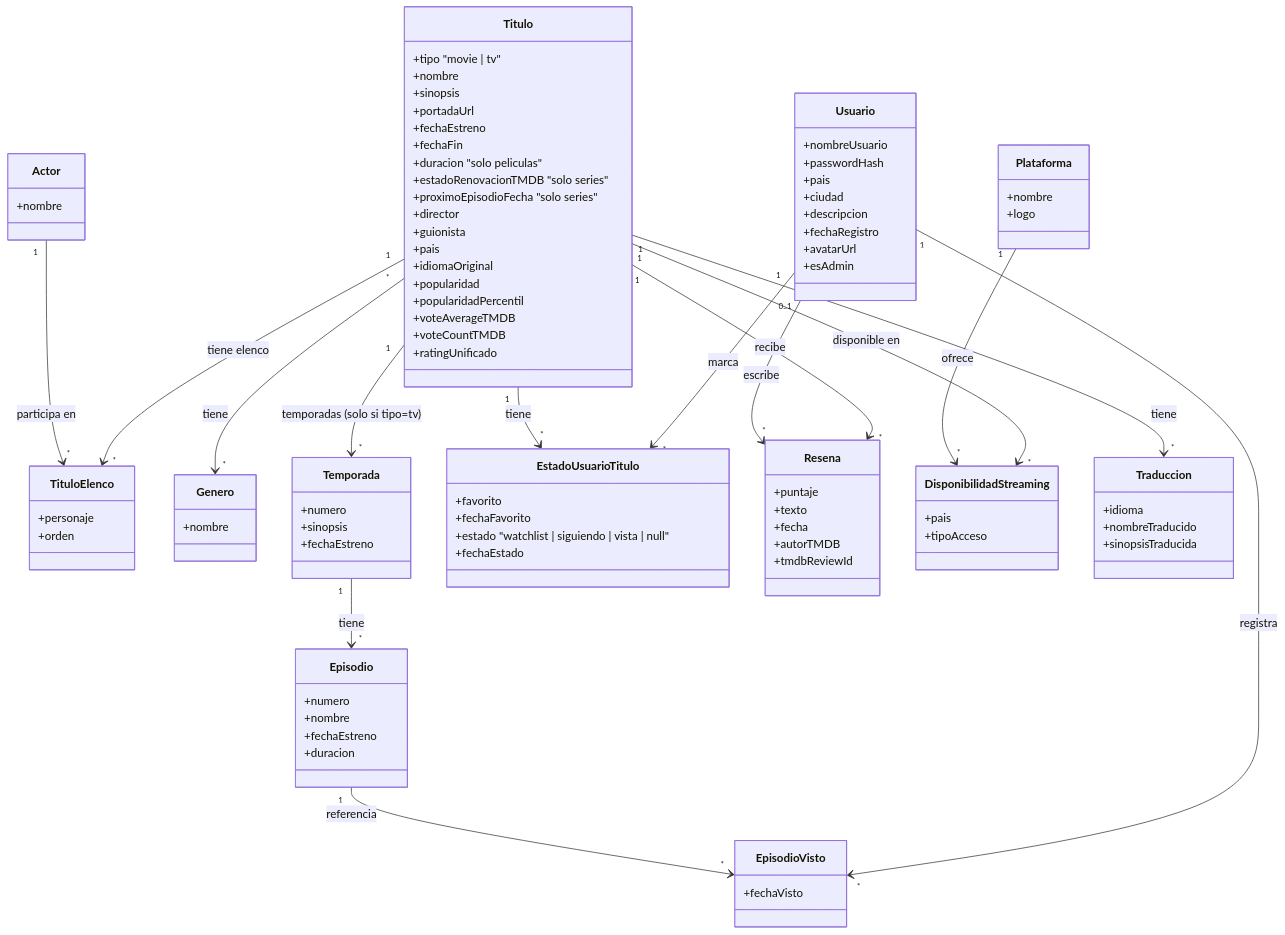
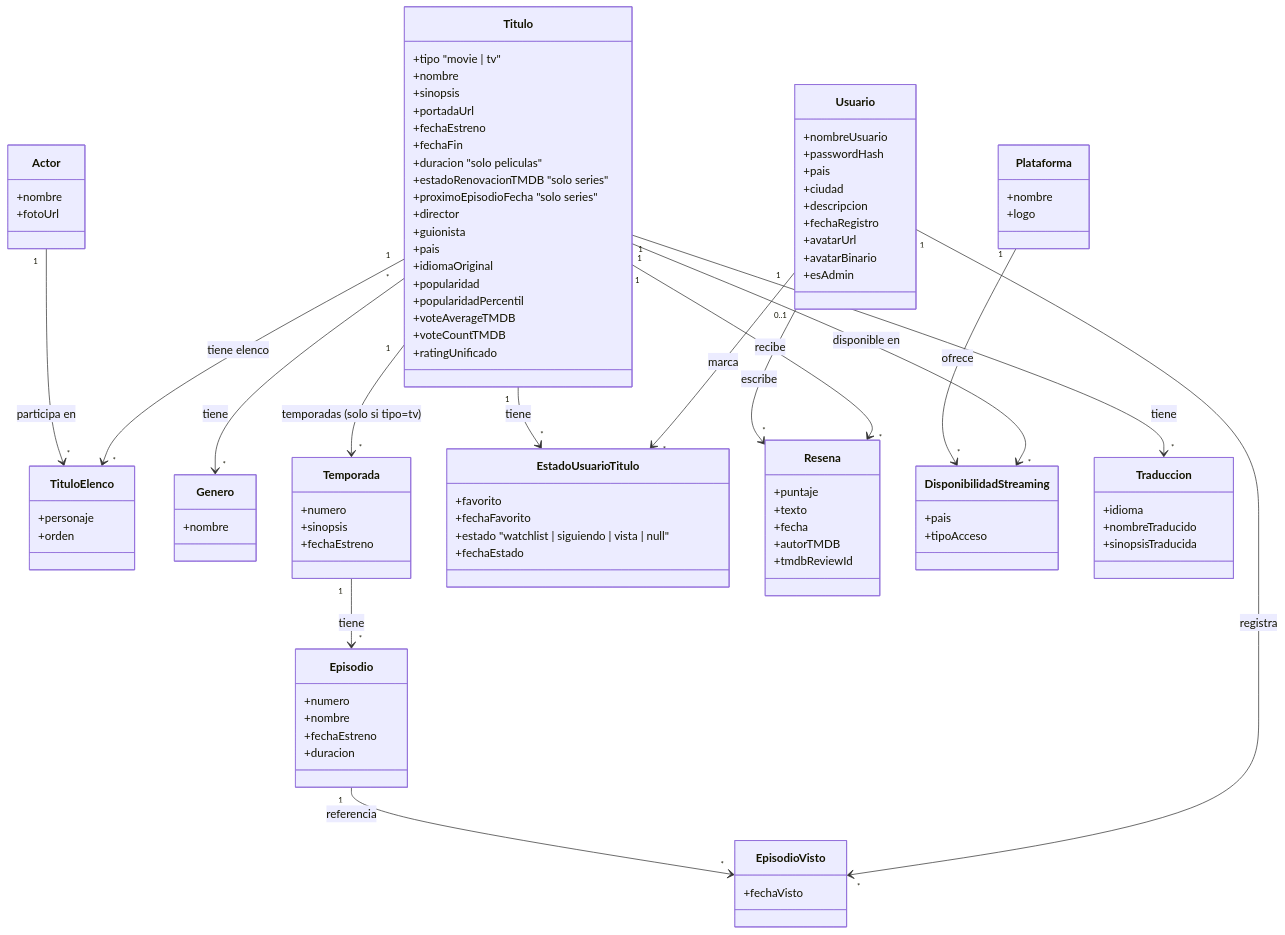
The diagram in docs/UML/modelo_datos/uml_version_superior.mmd (damianvc31/CineTrack), drawn with Mermaid before and after one commit. The commit also changed 18 other files, not shown here.

Commit message:
feat: avatar cropper/upload, actor photos with sync job, donut chart layout fix and profile tooltips

```diff
--- a/docs/UML/modelo_datos/uml_version_superior.mmd
+++ b/docs/UML/modelo_datos/uml_version_superior.mmd
@@ -1,106 +1,108 @@
 classDiagram
   class Titulo {
     +tipo "movie | tv"
     +nombre
     +sinopsis
     +portadaUrl
     +fechaEstreno
     +fechaFin
     +duracion "solo peliculas"
     +estadoRenovacionTMDB "solo series"
     +proximoEpisodioFecha "solo series"
     +director
     +guionista
     +pais
     +idiomaOriginal
     +popularidad
     +popularidadPercentil
     +voteAverageTMDB
     +voteCountTMDB
     +ratingUnificado
   }
 
   class Actor {
     +nombre
+    +fotoUrl
   }
 
   class TituloElenco {
     +personaje
     +orden
   }
   Titulo "1" --> "*" TituloElenco : tiene elenco
   Actor "1" --> "*" TituloElenco : participa en
 
   class Genero {
     +nombre
   }
   Titulo "*" --> "*" Genero : tiene
 
   class Temporada {
     +numero
     +sinopsis
     +fechaEstreno
   }
   Titulo "1" --> "*" Temporada : temporadas (solo si tipo=tv)
 
   class Episodio {
     +numero
     +nombre
     +fechaEstreno
     +duracion
   }
   Temporada "1" --> "*" Episodio : tiene
 
   class Usuario {
     +nombreUsuario
     +passwordHash
     +pais
     +ciudad
     +descripcion
     +fechaRegistro
     +avatarUrl
+    +avatarBinario
     +esAdmin
   }
 
   class EstadoUsuarioTitulo {
     +favorito
     +fechaFavorito
     +estado "watchlist | siguiendo | vista | null"
     +fechaEstado
   }
   Usuario "1" --> "*" EstadoUsuarioTitulo : marca
   Titulo "1" --> "*" EstadoUsuarioTitulo : tiene
 
   class EpisodioVisto {
     +fechaVisto
   }
   Usuario "1" --> "*" EpisodioVisto : registra
   Episodio "1" --> "*" EpisodioVisto : referencia
 
   class Resena {
     +puntaje
     +texto
     +fecha
     +autorTMDB
     +tmdbReviewId
   }
   Titulo "1" --> "*" Resena : recibe
   Usuario "0..1" --> "*" Resena : escribe
 
   class Plataforma {
     +nombre
     +logo
   }
   class DisponibilidadStreaming {
     +pais
     +tipoAcceso
   }
   Titulo "1" --> "*" DisponibilidadStreaming : disponible en
   Plataforma "1" --> "*" DisponibilidadStreaming : ofrece
 
   class Traduccion {
     +idioma
     +nombreTraducido
     +sinopsisTraducida
   }
   Titulo "1" --> "*" Traduccion : tiene
```
